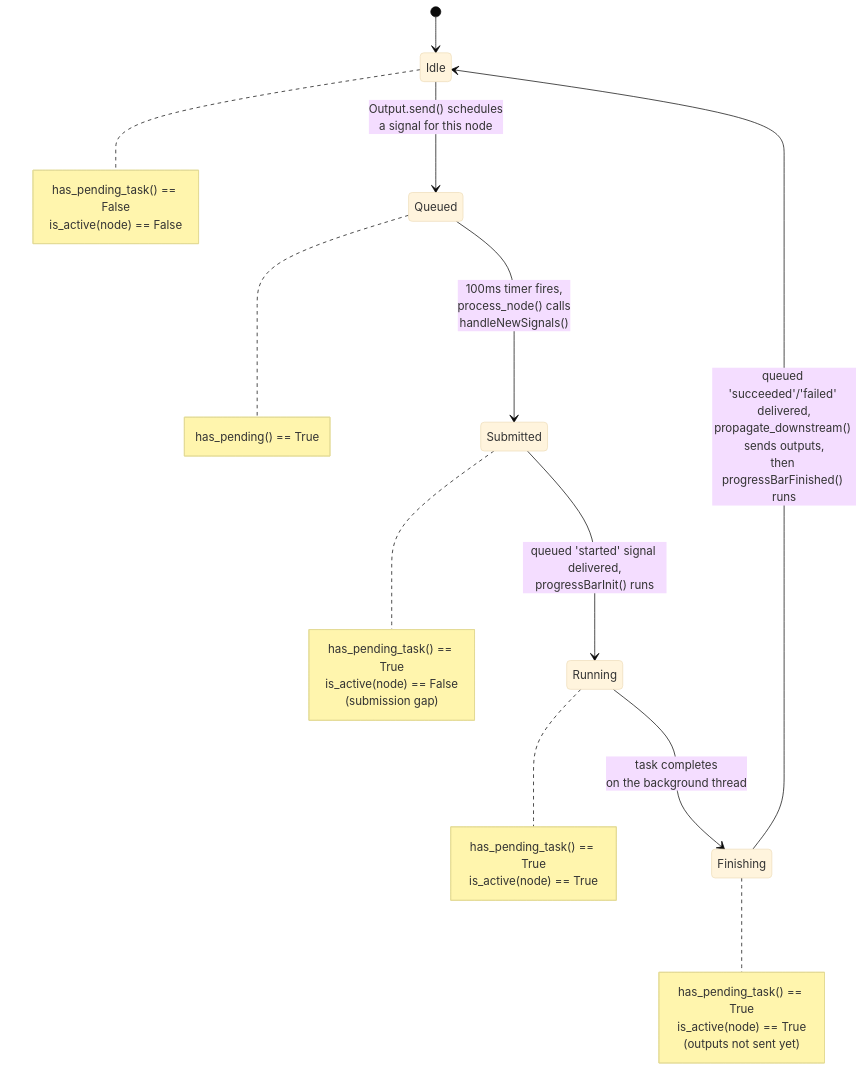
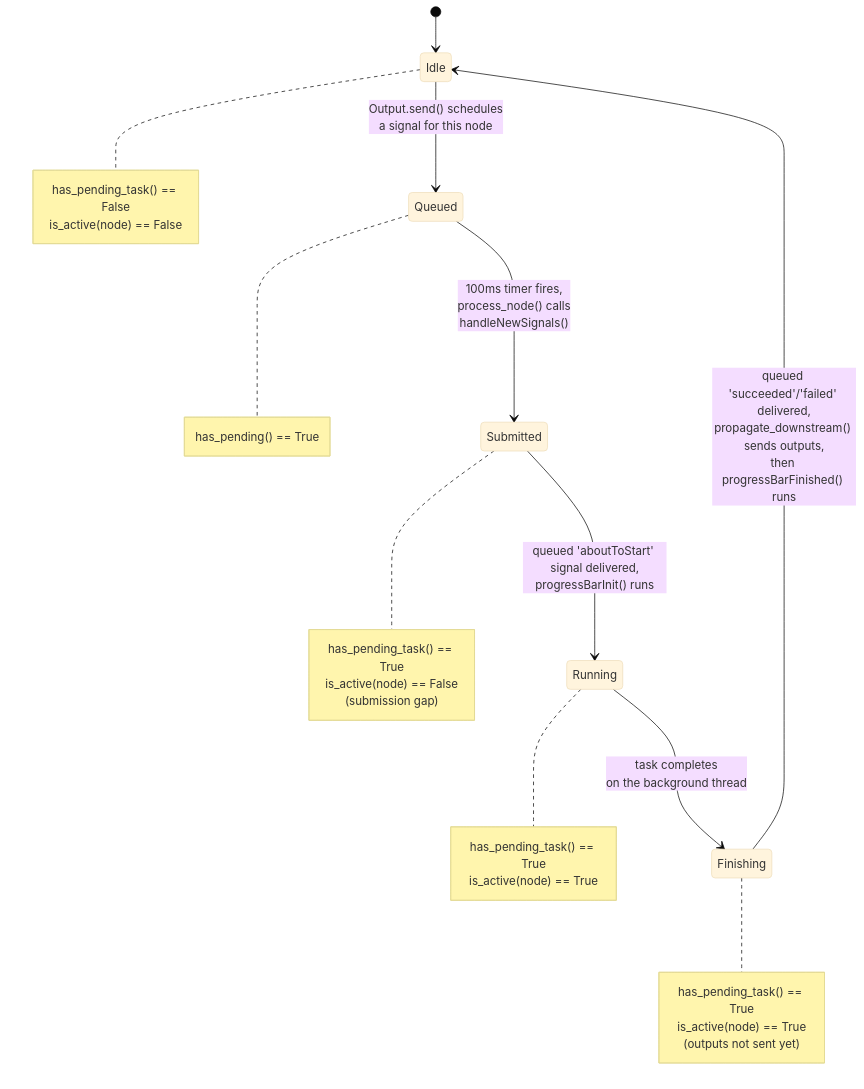
One commit to ewoks-kit/ewoksorange changed the second of 2 diagrams in doc/explanations/execution.rst. Above: the diagram before and after it, drawn with Mermaid (base theme). The commit also changed other lines of this file and 2 other files, not shown here.

```diff
--- a/doc/explanations/execution.rst
+++ b/doc/explanations/execution.rst
@@ -103,32 +106,32 @@
 .. mermaid::
 
     stateDiagram-v2
         [*] --> Idle
 
         Idle --> Queued: Output.send() schedules<br/>a signal for this node
         Queued --> Submitted: 100ms timer fires,<br/>process_node() calls<br/>handleNewSignals()
-        Submitted --> Running: queued 'started' signal delivered,<br/>progressBarInit() runs
+        Submitted --> Running: queued 'aboutToStart' signal delivered,<br/>progressBarInit() runs
         Running --> Finishing: task completes<br/>on the background thread
         Finishing --> Idle: queued 'succeeded'/'failed' delivered,<br/>propagate_downstream() sends outputs,<br/>then progressBarFinished() runs
 
         note right of Queued
             has_pending() == True
         end note
         note right of Submitted
             has_pending_task() == True
             is_active(node) == False
             (submission gap)
         end note
         note right of Running
             has_pending_task() == True
             is_active(node) == True
         end note
         note right of Finishing
             has_pending_task() == True
             is_active(node) == True
             (outputs not sent yet)
         end note
         note right of Idle
             has_pending_task() == False
             is_active(node) == False
         end note
```
